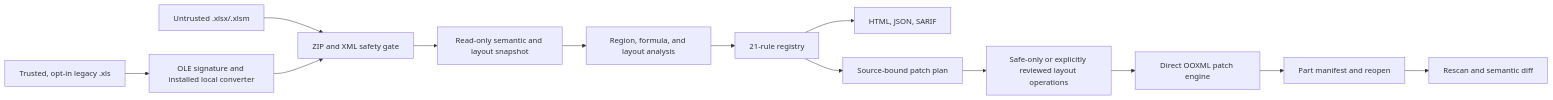
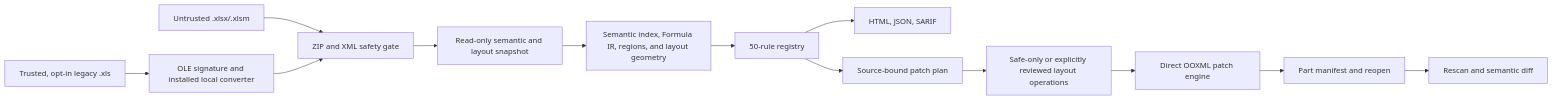
One commit to chenweixin123/workbooklens changed the diagram in docs/architecture.md. Above: the diagram before and after it, drawn with Mermaid. The commit also changed other lines of this file and 44 other files, not shown here.

````diff
--- a/docs/architecture.md
+++ b/docs/architecture.md
@@ -13,15 +13,15 @@
 ```mermaid
 flowchart LR
     A["Untrusted .xlsx/.xlsm"] --> B["ZIP and XML safety gate"]
     X["Trusted, opt-in legacy .xls"] --> Y["OLE signature and installed local converter"]
     Y --> B
     B --> C["Read-only semantic and layout snapshot"]
-    C --> D["Region, formula, and layout analysis"]
-    D --> E["21-rule registry"]
+    C --> D["Semantic index, Formula IR, regions, and layout geometry"]
+    D --> E["50-rule registry"]
     E --> F["HTML, JSON, SARIF"]
     E --> G["Source-bound patch plan"]
     G --> H["Safe-only or explicitly reviewed layout operations"]
     H --> I["Direct OOXML patch engine"]
     I --> J["Part manifest and reopen"]
     J --> K["Rescan and semantic diff"]
 ```
````
